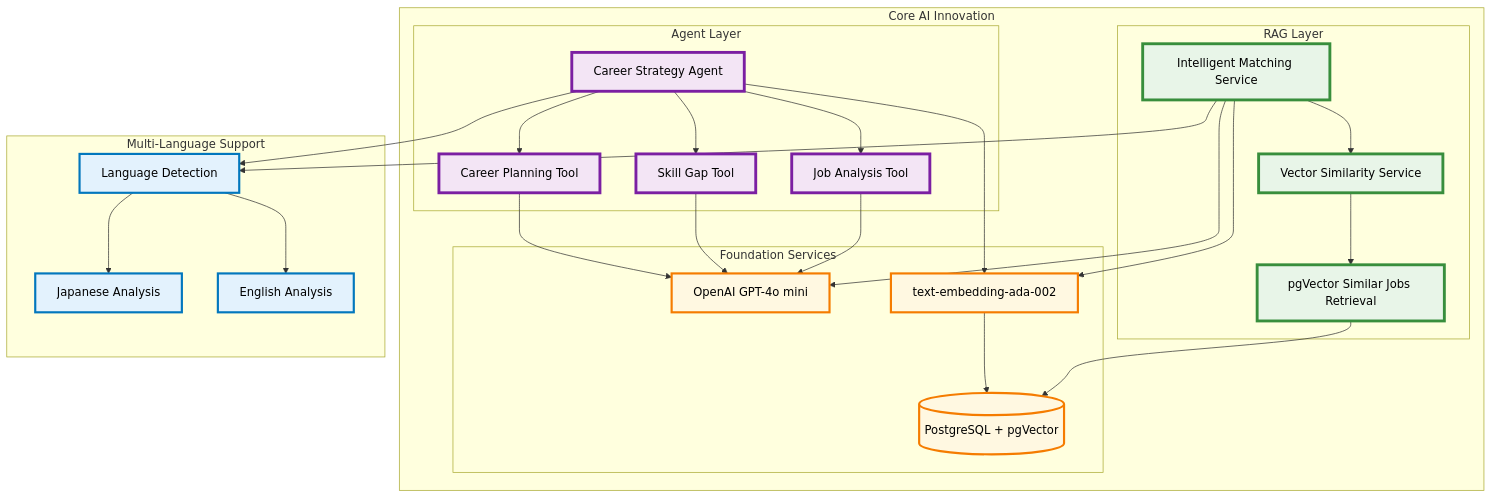
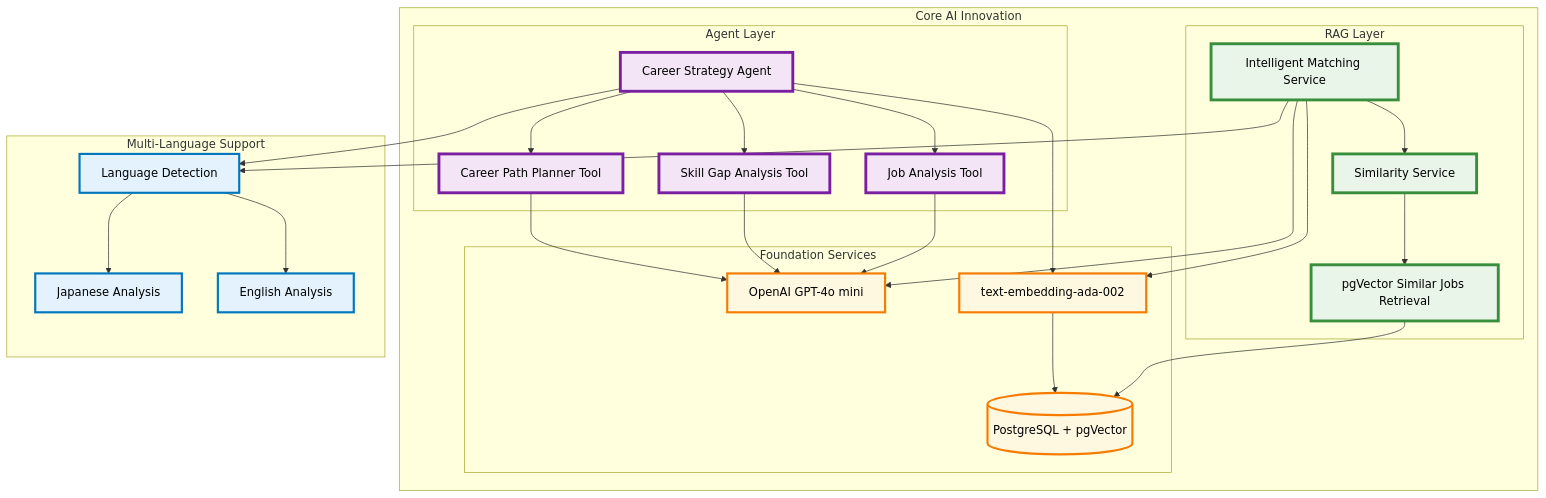
The second of 6 diagrams in docs/TECHNICAL_ARCHITECTURE.md (s1120258/res-match-api), drawn with Mermaid before and after one commit.

Commit message:
docs(architecture): correct RAG & Agent diagram component names to match codebase

````diff
--- a/docs/TECHNICAL_ARCHITECTURE.md
+++ b/docs/TECHNICAL_ARCHITECTURE.md
@@ -142,65 +142,65 @@
 ```mermaid
 graph TB
     subgraph "Core AI Innovation"
         subgraph "RAG Layer"
             IMS[Intelligent Matching Service]
-            SIM[Vector Similarity Service]
+            SIM[Similarity Service]
             VDB[pgVector Similar Jobs Retrieval]
         end
 
         subgraph "Agent Layer"
             CSA[Career Strategy Agent]
             JAT[Job Analysis Tool]
-            SAT[Skill Gap Tool]
-            CPT[Career Planning Tool]
+            SAT[Skill Gap Analysis Tool]
+            CPT[Career Path Planner Tool]
         end
 
         subgraph "Foundation Services"
             LLM[OpenAI GPT-4o mini]
             EMB[text-embedding-ada-002]
             PG[(PostgreSQL + pgVector)]
         end
     end
 
     subgraph "Multi-Language Support"
         LD[Language Detection]
         JA[Japanese Analysis]
         EN[English Analysis]
     end
 
     %% RAG Flow
     IMS --> SIM
     SIM --> VDB
     VDB --> PG
     IMS --> LLM
 
     %% Agent Flow
     CSA --> JAT
     CSA --> SAT
     CSA --> CPT
     JAT --> LLM
     SAT --> LLM
     CPT --> LLM
 
     %% Foundation connections
     IMS --> EMB
     CSA --> EMB
     EMB --> PG
 
     %% Multi-language
     IMS --> LD
     CSA --> LD
     LD --> JA
     LD --> EN
 
     %% Styling
     classDef rag fill:#e8f5e8,stroke:#388e3c,stroke-width:4px,color:#000000
     classDef agent fill:#f3e5f5,stroke:#7b1fa2,stroke-width:4px,color:#000000
     classDef foundation fill:#fff8e1,stroke:#f57c00,stroke-width:3px,color:#000000
     classDef lang fill:#e3f2fd,stroke:#0277bd,stroke-width:3px,color:#000000
 
     class IMS,SIM,VDB rag
     class CSA,JAT,SAT,CPT agent
     class LLM,EMB,PG foundation
     class LD,JA,EN lang
 ```
````
